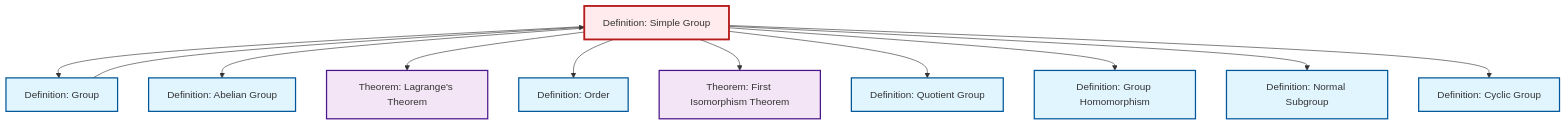
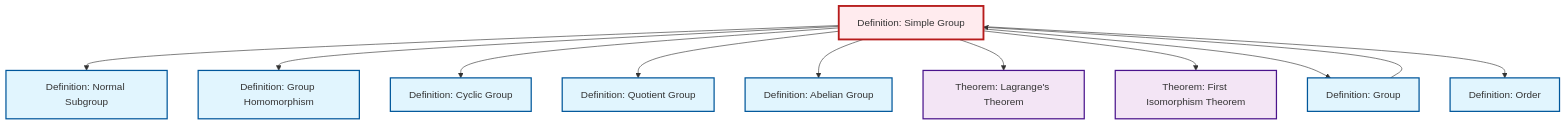
Before and after one commit to RK0429/ModernMath: the diagram in output/mermaid/def-simple-group.mermaid, drawn with Mermaid. The commit also changed other lines of this file and 597 other files, not shown here.

```diff
--- a/output/mermaid/def-simple-group.mermaid
+++ b/output/mermaid/def-simple-group.mermaid
@@ -1,28 +1,28 @@
 %%| fig-cap: "Local dependency graph"
 graph TD
     classDef definition fill:#e1f5fe,stroke:#01579b,stroke-width:2px
     classDef theorem fill:#f3e5f5,stroke:#4a148c,stroke-width:2px
     classDef axiom fill:#fff3e0,stroke:#e65100,stroke-width:2px
     classDef example fill:#e8f5e9,stroke:#1b5e20,stroke-width:2px
     classDef current fill:#ffebee,stroke:#b71c1c,stroke-width:3px
+    thm-lagrange["Theorem: Lagrange's Theorem"]:::theorem
+    def-cyclic-group["Definition: Cyclic Group"]:::definition
+    def-order["Definition: Order"]:::definition
     def-simple-group["Definition: Simple Group"]:::definition
-    def-order["Definition: Order"]:::definition
-    def-quotient-group["Definition: Quotient Group"]:::definition
-    thm-lagrange["Theorem: Lagrange's Theorem"]:::theorem
-    def-abelian-group["Definition: Abelian Group"]:::definition
-    def-cyclic-group["Definition: Cyclic Group"]:::definition
-    def-group["Definition: Group"]:::definition
-    thm-first-isomorphism["Theorem: First Isomorphism Theorem"]:::theorem
     def-homomorphism["Definition: Group Homomorphism"]:::definition
     def-normal-subgroup["Definition: Normal Subgroup"]:::definition
-    def-simple-group --> def-group
+    def-quotient-group["Definition: Quotient Group"]:::definition
+    def-abelian-group["Definition: Abelian Group"]:::definition
+    thm-first-isomorphism["Theorem: First Isomorphism Theorem"]:::theorem
+    def-group["Definition: Group"]:::definition
+    def-simple-group --> def-normal-subgroup
+    def-simple-group --> def-homomorphism
+    def-simple-group --> def-cyclic-group
+    def-simple-group --> def-quotient-group
     def-simple-group --> def-abelian-group
     def-simple-group --> thm-lagrange
+    def-simple-group --> thm-first-isomorphism
+    def-simple-group --> def-group
+    def-group --> def-simple-group
     def-simple-group --> def-order
-    def-simple-group --> thm-first-isomorphism
-    def-simple-group --> def-quotient-group
-    def-simple-group --> def-homomorphism
-    def-simple-group --> def-normal-subgroup
-    def-group --> def-simple-group
-    def-simple-group --> def-cyclic-group
     class def-simple-group current
```
